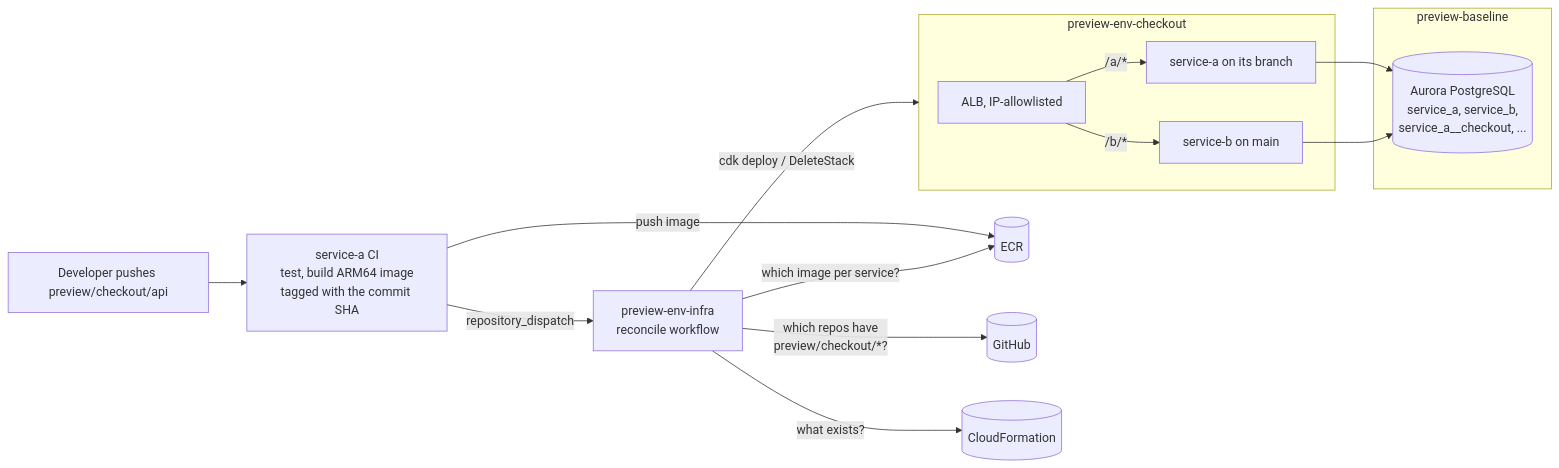
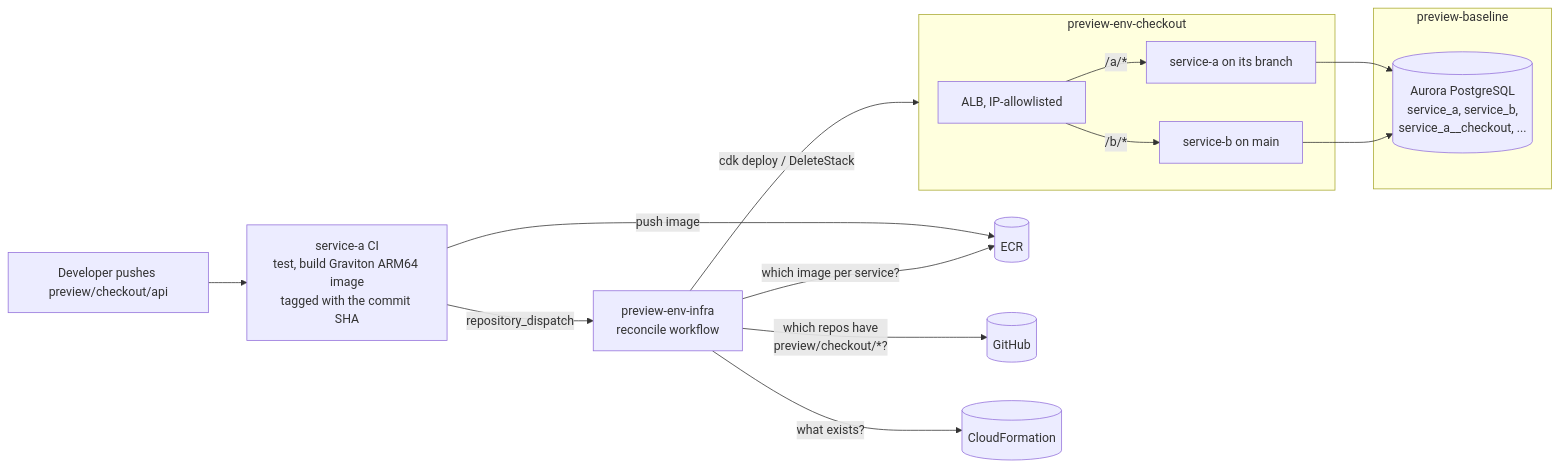
Before and after one commit to matthewcummings/preview-env-infra: the diagram in README.md, drawn with Mermaid. The commit also changed other lines of this file and 13 other files, not shown here.

Commit message:
Reconciler: fall back to the branch's newest built commit (not main); find main images by main-<sha>; apply job decides noop/wait inside the queue. README: Graviton, real baseline timing

````diff
--- a/README.md
+++ b/README.md
@@ -61,22 +61,22 @@
 ```mermaid
 flowchart LR
-    dev[Developer pushes preview/checkout/api] --> sa[service-a CI<br/>test, build ARM64 image<br/>tagged with the commit SHA]
+    dev[Developer pushes preview/checkout/api] --> sa[service-a CI<br/>test, build Graviton ARM64 image<br/>tagged with the commit SHA]
     sa -->|push image| ecr[(ECR)]
     sa -->|repository_dispatch| rec[preview-env-infra<br/>reconcile workflow]
     rec -->|which repos have<br/>preview/checkout/*?| gh[(GitHub)]
     rec -->|which image per service?| ecr
     rec -->|what exists?| cfn[(CloudFormation)]
     rec -->|cdk deploy / DeleteStack| env
 
     subgraph env [preview-env-checkout]
         alb[ALB, IP-allowlisted] -->|/a/*| a[service-a on its branch]
         alb -->|/b/*| b[service-b on main]
     end
 
     subgraph shared [preview-baseline]
         aurora[(Aurora PostgreSQL<br/>service_a, service_b,<br/>service_a__checkout, ...)]
     end
 
     a --> aurora
     b --> aurora
 ```
````
